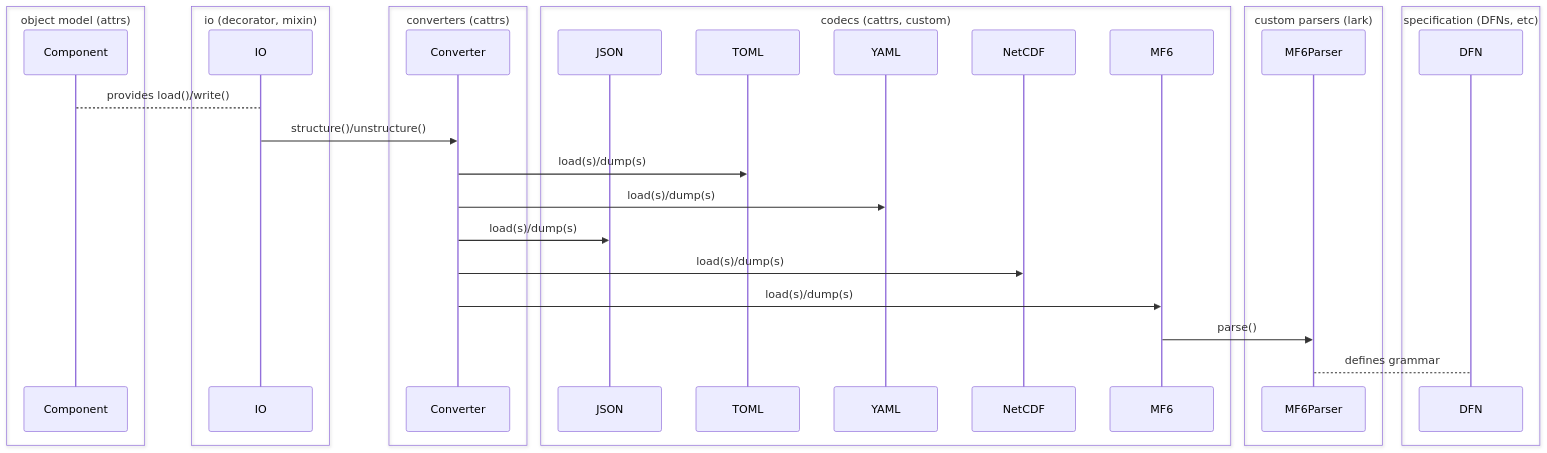
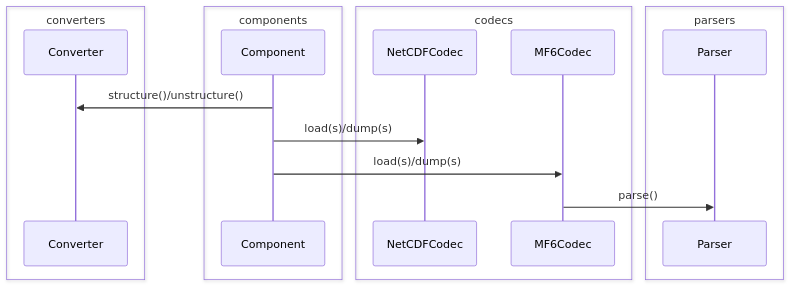
The diagram in docs/dev/sdd.md (modflowpy/pyphoenix-project), drawn with Mermaid before and after one commit. The commit also changed other lines of this file, not shown here.

````diff
--- a/docs/dev/sdd.md
+++ b/docs/dev/sdd.md
@@ -367,34 +184,22 @@
 ```mermaid
 sequenceDiagram
-  box object model (attrs)
+  box converters
+  participant Converter
+  end
+  box components
   participant Component
   end
-  box io (decorator, mixin)
-  participant IO
+  box codecs
+  participant NetCDFCodec
+  participant MF6Codec
   end
-  box converters (cattrs)
-  participant Converter
-  end
-  box codecs (cattrs, custom)
-  participant JSON
-  participant TOML
-  participant YAML
-  participant NetCDF
-  participant MF6
-  end
-  box custom parsers (lark)
-  participant MF6Parser
+  box parsers
+  participant Parser
   end
   box specification (DFNs, etc)
-  participant DFN
   end
-  Component-->IO: provides load()/write()
-  IO->>Converter: structure()/unstructure()
-  Converter->>TOML: load(s)/dump(s)
-  Converter->>YAML: load(s)/dump(s)
-  Converter->>JSON: load(s)/dump(s)
-  Converter->>NetCDF: load(s)/dump(s)
-  Converter->>MF6: load(s)/dump(s)
-  MF6->>MF6Parser: parse()
-  MF6Parser-->DFN: defines grammar
+  Component->>Converter: structure()/unstructure()
+  Component->>NetCDFCodec: load(s)/dump(s)
+  Component->>MF6Codec: load(s)/dump(s)
+  MF6Codec->>Parser: parse()
 ```
````
